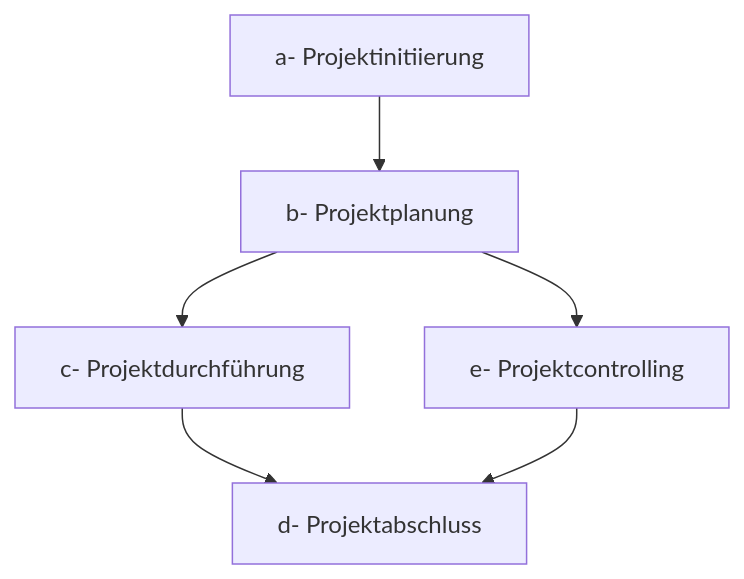
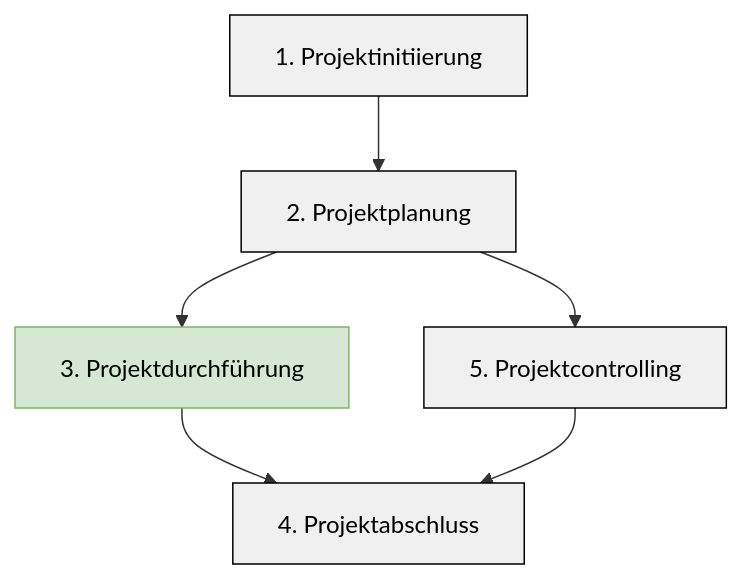
One commit to mrossde/PE1_PE2 changed the first of 2 diagrams in Projekt.qmd. Above: the diagram before and after it, drawn with Mermaid. The commit also changed other lines of this file and 36 other files, not shown here.

````diff
--- a/Projekt.qmd
+++ b/Projekt.qmd
@@ -175,13 +175,17 @@
 ```{mermaid}
 %%| label: fig-label-pep0
 %%| fig-cap: "Phasen von Projekten"
 flowchart TD
-
-  A[a- Projektinitiierung]
-    A --> B[b- Projektplanung]
-    B --> C[c- Projektdurchführung]    
-    C --> D[d- Projektabschluss]
-  B -->E[e- Projektcontrolling]
+  A[1. Projektinitiierung]
+    A --> B[2. Projektplanung]
+    B --> C[3. Projektdurchführung]    
+    C --> D[4. Projektabschluss]
+  B -->E[5. Projektcontrolling]
   E -->D
 
+  style A fill:#f0f0f0,stroke:#000000,color:#000000
+  style B fill:#f0f0f0,stroke:#000000,color:#000000
+  style C fill:#D5E8D4,stroke:#82B366,color:#000000
+  style D fill:#f0f0f0,stroke:#000000,color:#000000
+  style E fill:#f0f0f0,stroke:#000000,color:#000000
 ```
````
